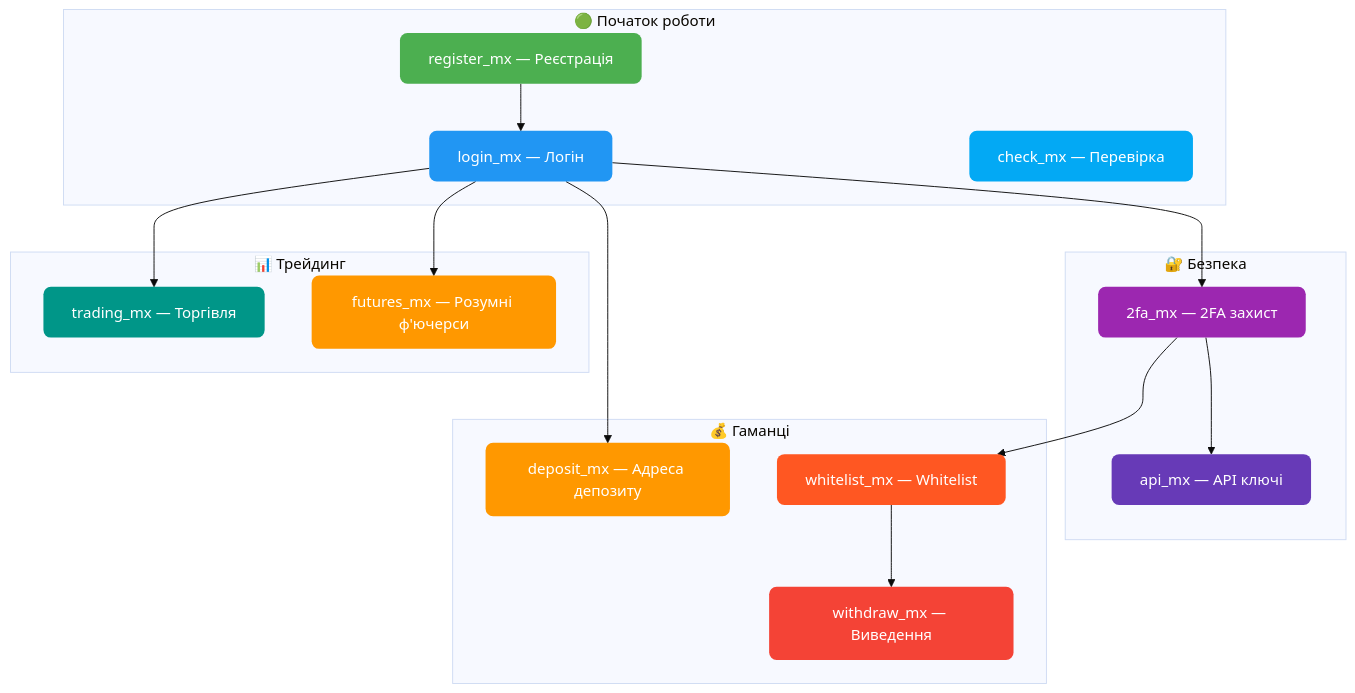
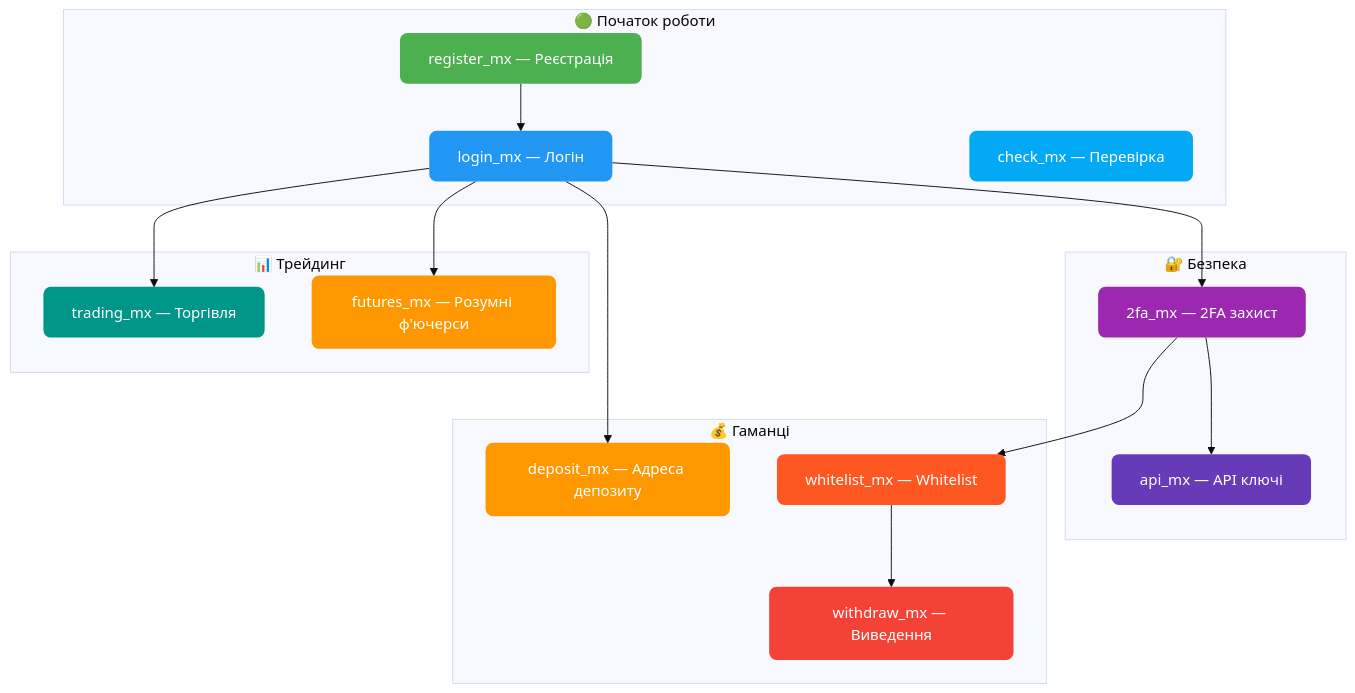
The tenth of 10 diagrams in src/content/docs/ua/exchanges/mexc-autopilot.md (AutoPilotSoftware/docs), drawn with Mermaid (base theme) before and after one commit. The commit also changed other lines of this file and 2 other files, not shown here.

````diff
--- a/src/content/docs/ua/exchanges/mexc-autopilot.md
+++ b/src/content/docs/ua/exchanges/mexc-autopilot.md
@@ -409,44 +409,44 @@
 ```mermaid
 flowchart TD
     subgraph REG ["🟢 Початок роботи"]
-        R["register_mx — Реєстрацiя"]
-        L["login_mx — Логiн"]
-        C["check_mx — Перевiрка"]
+        R["register_mx — Реєстрація"]
+        L["login_mx — Логін"]
+        C["check_mx — Перевірка"]
     end
 
     subgraph SEC ["🔐 Безпека"]
         FA["2fa_mx — 2FA захист"]
-        API["api_mx — API ключi"]
+        API["api_mx — API ключі"]
     end
 
-    subgraph WALLET ["💰 Гаманцi"]
+    subgraph WALLET ["💰 Гаманці"]
         D["deposit_mx — Адреса депозиту"]
         W["whitelist_mx — Whitelist"]
         WD["withdraw_mx — Виведення"]
     end
 
     subgraph TRADE ["📊 Трейдинг"]
-        T["trading_mx — Торгiвля"]
-        FU["futures_mx — Розумнi ф'ючерси"]
+        T["trading_mx — Торгівля"]
+        FU["futures_mx — Розумні ф'ючерси"]
     end
 
     R --> L
     L --> FA
     FA --> W
     FA --> API
     W --> WD
     L --> D
     L --> T
     L --> FU
 
     style R fill:#4CAF50,color:#fff,stroke:none,rx:8
     style L fill:#2196F3,color:#fff,stroke:none,rx:8
     style C fill:#03A9F4,color:#fff,stroke:none,rx:8
     style FA fill:#9C27B0,color:#fff,stroke:none,rx:8
     style API fill:#673AB7,color:#fff,stroke:none,rx:8
     style D fill:#FF9800,color:#fff,stroke:none,rx:8
     style W fill:#FF5722,color:#fff,stroke:none,rx:8
     style WD fill:#f44336,color:#fff,stroke:none,rx:8
     style T fill:#009688,color:#fff,stroke:none,rx:8
     style FU fill:#FF9800,color:#fff,stroke:none,rx:8
 ```
````
